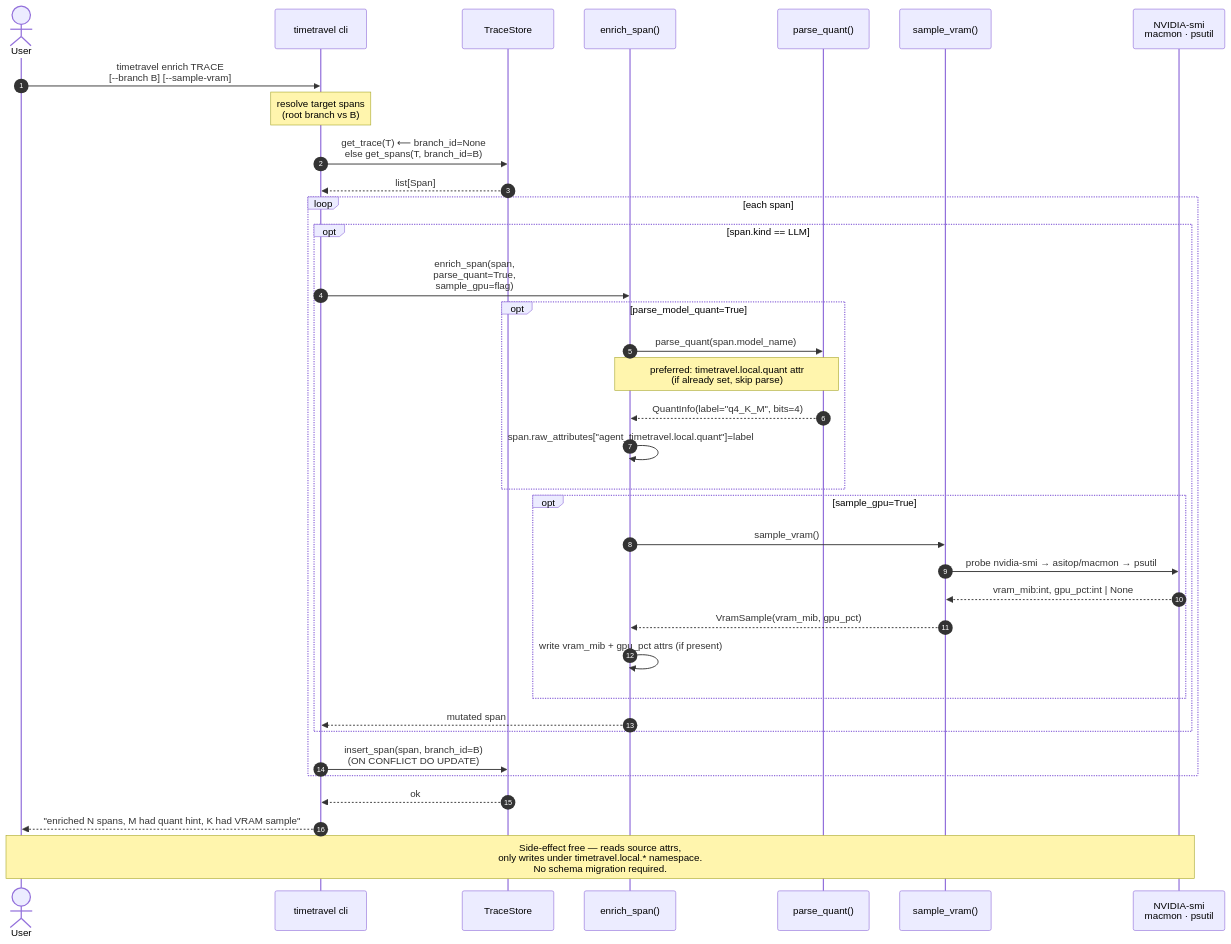
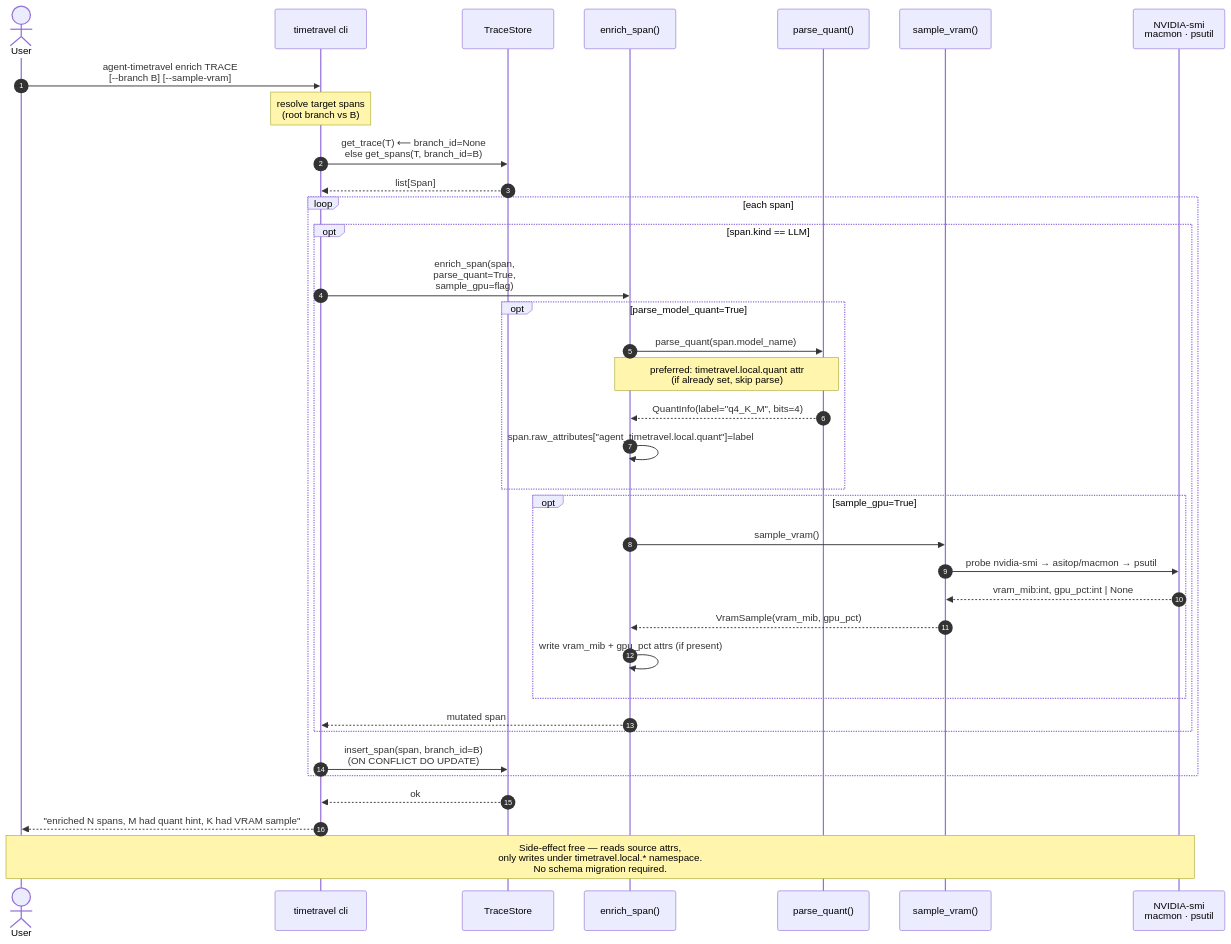
One commit to akshay-mp/Rewind changed the diagram in docs/diagrams/phase7-sequence-enrich.mmd. Above: the diagram before and after it, drawn with Mermaid. The commit also changed 113 other files, not shown here.

Commit message:
Prepare agent-timetravel 0.2.0 release

```diff
--- a/docs/diagrams/phase7-sequence-enrich.mmd
+++ b/docs/diagrams/phase7-sequence-enrich.mmd
@@ -1,41 +1,41 @@
 sequenceDiagram
-    %% Phase 7 — `timetravel enrich TRACE` command sequence.
+    %% Phase 7 — `agent-timetravel enrich TRACE` command sequence.
     %% Drives every span in a trace (or branch) through enrich_span.
 
     autonumber
     actor U as User
     participant CLI as timetravel cli
     participant Store as TraceStore
     participant ES as enrich_span()
     participant PQ as parse_quant()
     participant SV as sample_vram()
     participant Ops as NVIDIA-smi<br/>macmon · psutil
 
-    U->>CLI: timetravel enrich TRACE<br/>[--branch B] [--sample-vram]
+    U->>CLI: agent-timetravel enrich TRACE<br/>[--branch B] [--sample-vram]
     Note over CLI: resolve target spans<br/>(root branch vs B)
     CLI->>Store: get_trace(T) ⟵ branch_id=None<br/>else get_spans(T, branch_id=B)
     Store-->>CLI: list[Span]
     loop each span
         opt span.kind == LLM
             CLI->>ES: enrich_span(span,<br/>parse_quant=True,<br/>sample_gpu=flag)
             opt parse_model_quant=True
                 ES->>PQ: parse_quant(span.model_name)
                 Note over ES,PQ: preferred: timetravel.local.quant attr<br/>(if already set, skip parse)
                 PQ-->>ES: QuantInfo(label="q4_K_M", bits=4)
                 ES->>ES: span.raw_attributes["agent_timetravel.local.quant"]=label
             end
             opt sample_gpu=True
                 ES->>SV: sample_vram()
                 SV->>Ops: probe nvidia-smi → asitop/macmon → psutil
                 Ops-->>SV: vram_mib:int, gpu_pct:int | None
                 SV-->>ES: VramSample(vram_mib, gpu_pct)
                 ES->>ES: write vram_mib + gpu_pct attrs (if present)
             end
             ES-->>CLI: mutated span
         end
         CLI->>Store: insert_span(span, branch_id=B)<br/>(ON CONFLICT DO UPDATE)
     end
     Store-->>CLI: ok
     CLI-->>U: "enriched N spans, M had quant hint, K had VRAM sample"
 
     Note over U,Ops: Side-effect free — reads source attrs,<br/>only writes under timetravel.local.* namespace.<br/>No schema migration required.
```
